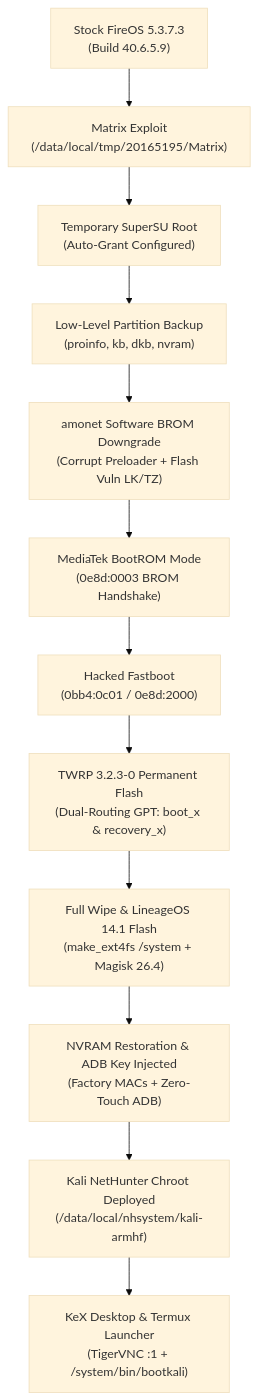
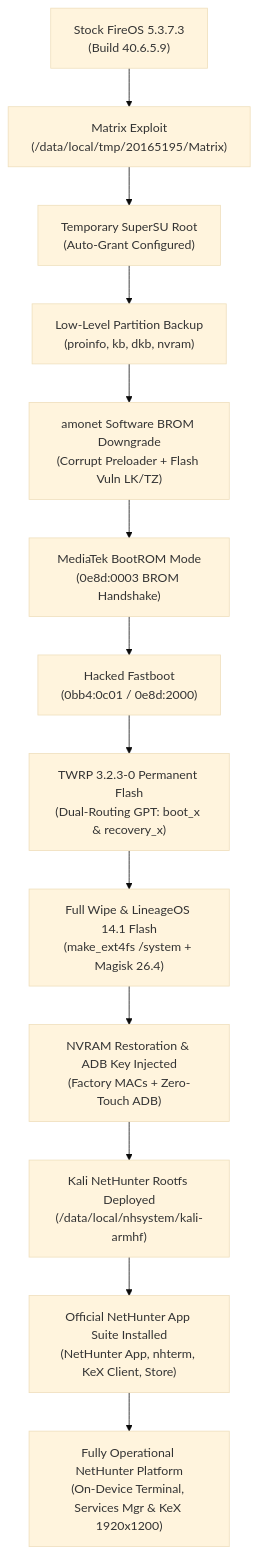
One commit to TimInTech/firehd10-suez-nethunter changed the diagram in README.md. Above: the diagram before and after it, drawn with Mermaid (base theme). The commit also changed other lines of this file and 2 other files, not shown here.

Commit message:
Update documentation and deployment for official NetHunter App suite

````diff
--- a/README.md
+++ b/README.md
@@ -28,14 +32,15 @@
 ```mermaid
 flowchart TD
     A["Stock FireOS 5.3.7.3<br/>(Build 40.6.5.9)"] --> B["Matrix Exploit<br/>(/data/local/tmp/20165195/Matrix)"]
     B --> C["Temporary SuperSU Root<br/>(Auto-Grant Configured)"]
     C --> D["Low-Level Partition Backup<br/>(proinfo, kb, dkb, nvram)"]
     D --> E["amonet Software BROM Downgrade<br/>(Corrupt Preloader + Flash Vuln LK/TZ)"]
     E --> F["MediaTek BootROM Mode<br/>(0e8d:0003 BROM Handshake)"]
     F --> G["Hacked Fastboot<br/>(0bb4:0c01 / 0e8d:2000)"]
     G --> H["TWRP 3.2.3-0 Permanent Flash<br/>(Dual-Routing GPT: boot_x & recovery_x)"]
     H --> I["Full Wipe & LineageOS 14.1 Flash<br/>(make_ext4fs /system + Magisk 26.4)"]
     I --> J["NVRAM Restoration & ADB Key Injected<br/>(Factory MACs + Zero-Touch ADB)"]
-    J --> K["Kali NetHunter Chroot Deployed<br/>(/data/local/nhsystem/kali-armhf)"]
-    K --> L["KeX Desktop & Termux Launcher<br/>(TigerVNC :1 + /system/bin/bootkali)"]
+    J --> K["Kali NetHunter Rootfs Deployed<br/>(/data/local/nhsystem/kali-armhf)"]
+    K --> L["Official NetHunter App Suite Installed<br/>(NetHunter App, nhterm, KeX Client, Store)"]
+    L --> M["Fully Operational NetHunter Platform<br/>(On-Device Terminal, Services Mgr & KeX 1920x1200)"]
 ```
````
